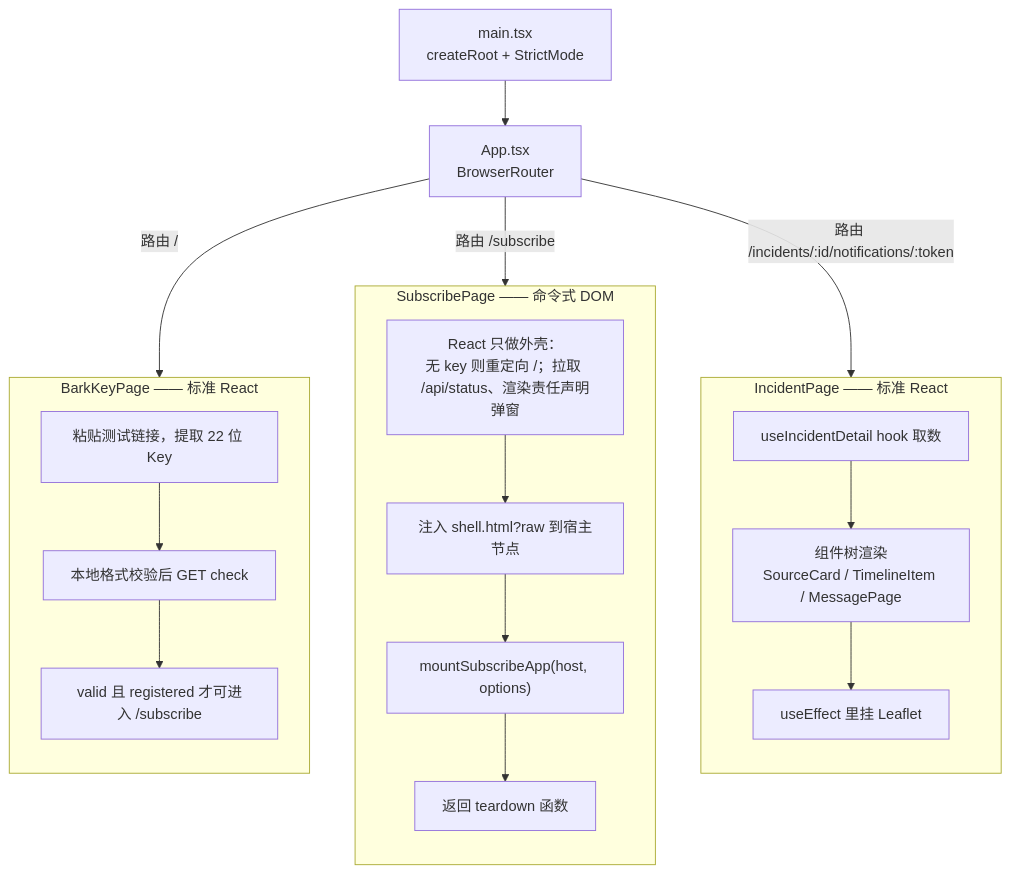
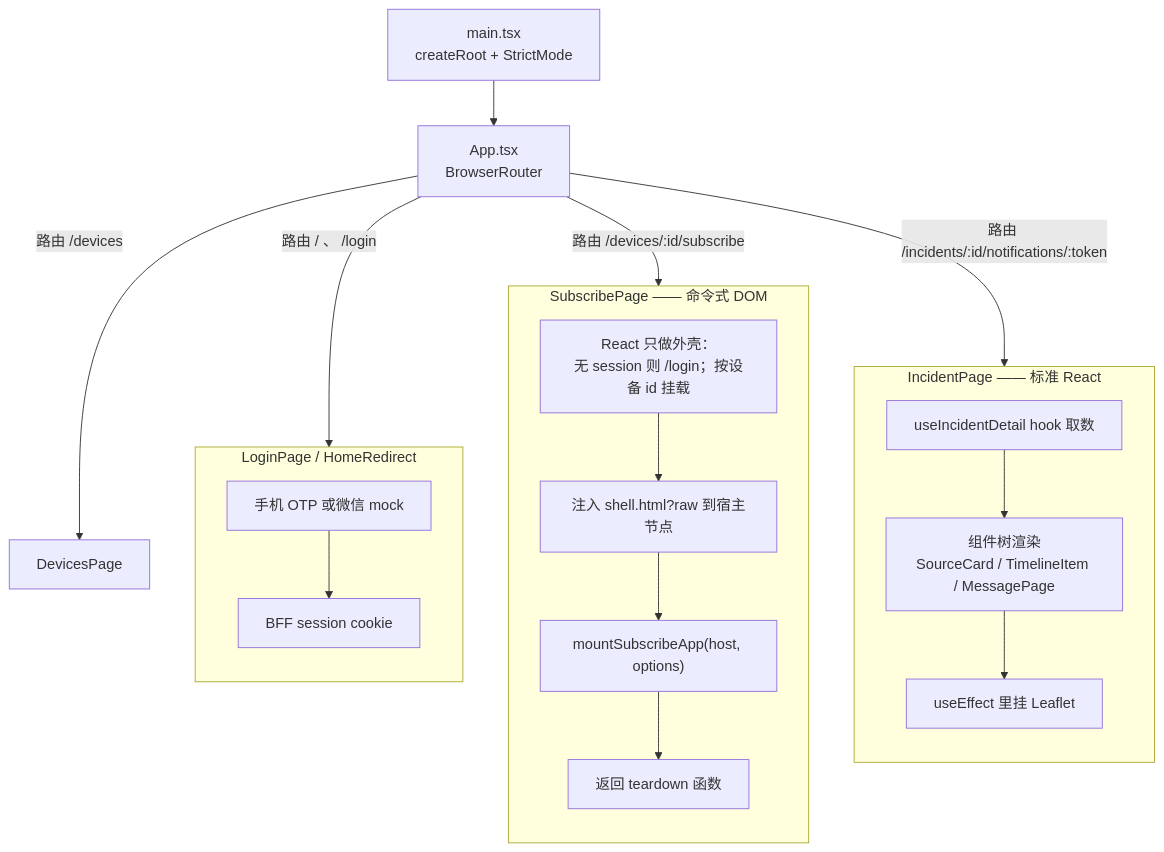
One commit to luyi2008/disaster-alert-web changed the second of 8 diagrams in docs/architecture.md. Above: the diagram before and after it, drawn with Mermaid. The commit also changed other lines of this file and 34 other files, not shown here.

First line of the commit message:
Route subscribe and test through BFF device IDs.

````diff
--- a/docs/architecture.md
+++ b/docs/architecture.md
@@ -79,35 +81,35 @@
 ```mermaid
 graph TB
     Main["main.tsx<br/>createRoot + StrictMode"]
     App["App.tsx<br/>BrowserRouter"]
 
     Main --> App
-    App -->|"路由 /"| EntryPage
-    App -->|"路由 /subscribe"| SubPage
+    App -->|"路由 / 、 /login"| AuthPages
+    App -->|"路由 /devices"| DevicesPage
+    App -->|"路由 /devices/:id/subscribe"| SubPage
     App -->|"路由 /incidents/:id/notifications/:token"| IncPage
 
-    subgraph EntryPage["BarkKeyPage —— 标准 React"]
+    subgraph AuthPages["LoginPage / HomeRedirect"]
         direction TB
-        E1["粘贴测试链接，提取 22 位 Key"]
-        E2["本地格式校验后 GET check"]
-        E3["valid 且 registered 才可进入 /subscribe"]
-        E1 --> E2 --> E3
+        E1["手机 OTP 或微信 mock"]
+        E2["BFF session cookie"]
+        E1 --> E2
     end
 
     subgraph SubPage["SubscribePage —— 命令式 DOM"]
         direction TB
-        S1["React 只做外壳：<br/>无 key 则重定向 /；拉取 /api/status、渲染责任声明弹窗"]
+        S1["React 只做外壳：<br/>无 session 则 /login；按设备 id 挂载"]
         S2["注入 shell.html?raw 到宿主节点"]
         S3["mountSubscribeApp(host, options)"]
         S4["返回 teardown 函数"]
         S1 --> S2 --> S3 --> S4
     end
 
     subgraph IncPage["IncidentPage —— 标准 React"]
         direction TB
         I1["useIncidentDetail hook 取数"]
         I2["组件树渲染<br/>SourceCard / TimelineItem / MessagePage"]
         I3["useEffect 里挂 Leaflet"]
         I1 --> I2 --> I3
     end
 ```
````
